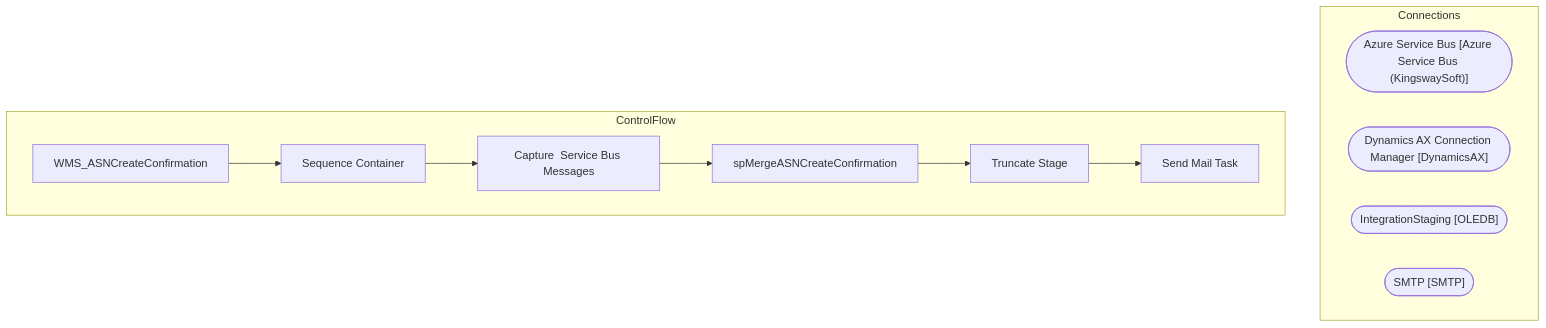
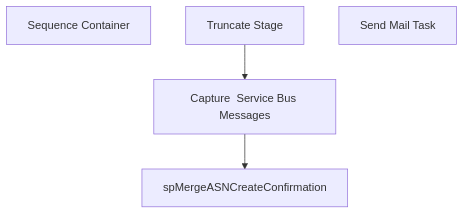
Before and after one commit to juanandresbrain/BABSkills: the diagram in bab-docs-explorer/Documentation/STL-SSIS-P-01/SSIS/WMS/WMS_ASNCreateConfirmation.WMS_ASNCreateConfirmation.md, drawn with Mermaid. The commit also changed other lines of this file and 273 other files, not shown here.

````diff
--- a/bab-docs-explorer/Documentation/STL-SSIS-P-01/SSIS/WMS/WMS_ASNCreateConfirmation.WMS_ASNCreateConfirmation.md
+++ b/bab-docs-explorer/Documentation/STL-SSIS-P-01/SSIS/WMS/WMS_ASNCreateConfirmation.WMS_ASNCreateConfirmation.md
@@ -9,22 +39,10 @@
 ```mermaid
 flowchart TD
-    subgraph Connections
-        Azure_Service_Bus_conn(["Azure Service Bus [Azure Service Bus (KingswaySoft)]"])
-        Dynamics_AX_Connection_Manager_conn(["Dynamics AX Connection Manager [DynamicsAX]"])
-        IntegrationStaging_conn(["IntegrationStaging [OLEDB]"])
-        SMTP_conn(["SMTP [SMTP]"])
-    end
-    subgraph ControlFlow
-        WMS_ASNCreateConfirmation_task["WMS_ASNCreateConfirmation"]
-        Sequence_Container_task["Sequence Container"]
-        WMS_ASNCreateConfirmation_task --> Sequence_Container_task
-        Capture__Service_Bus_Messages_task["Capture  Service Bus Messages"]
-        Sequence_Container_task --> Capture__Service_Bus_Messages_task
-        spMergeASNCreateConfirmation_task["spMergeASNCreateConfirmation"]
-        Capture__Service_Bus_Messages_task --> spMergeASNCreateConfirmation_task
-        Truncate_Stage_task["Truncate Stage"]
-        spMergeASNCreateConfirmation_task --> Truncate_Stage_task
-        Send_Mail_Task_task["Send Mail Task"]
-        Truncate_Stage_task --> Send_Mail_Task_task
-    end
+    n_Package_Sequence_Container["Sequence Container"]
+    n_Package_Sequence_Container_Capture__Service_Bus_Messages["Capture  Service Bus Messages"]
+    n_Package_Sequence_Container_spMergeASNCreateConfirmation["spMergeASNCreateConfirmation"]
+    n_Package_Sequence_Container_Truncate_Stage["Truncate Stage"]
+    n_Package_EventHandlers_OnError__Send_Mail_Task["Send Mail Task"]
+    n_Package_Sequence_Container_Truncate_Stage --> n_Package_Sequence_Container_Capture__Service_Bus_Messages
+    n_Package_Sequence_Container_Capture__Service_Bus_Messages --> n_Package_Sequence_Container_spMergeASNCreateConfirmation
 ```
````
